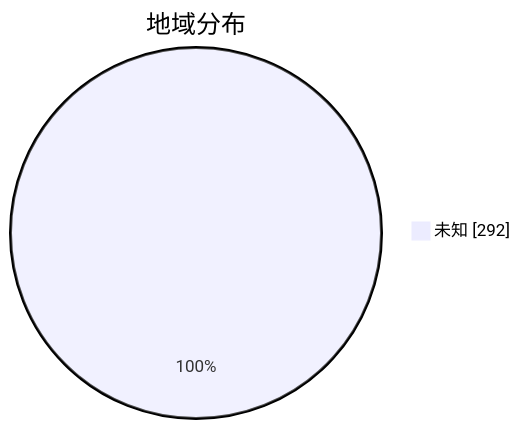
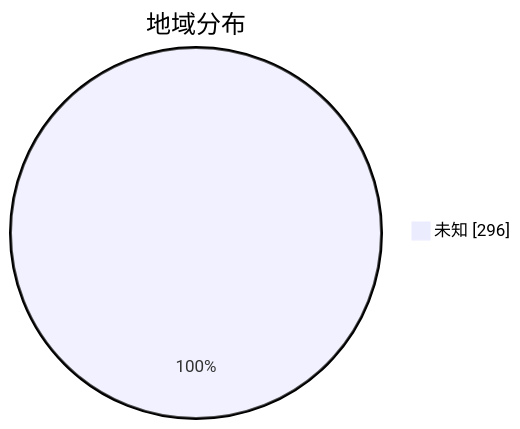
One commit to qjlxg/airport changed the second of 3 diagrams in subs/statistics/tested_within.md. Above: the diagram before and after it, drawn with Mermaid. The commit also changed other lines of this file and 2 other files, not shown here.

````diff
--- a/subs/statistics/tested_within.md
+++ b/subs/statistics/tested_within.md
@@ -13,5 +14,5 @@
 ```mermaid
 pie showData
 title 地域分布
-"未知" : 292
+"未知" : 296
 ```
````
